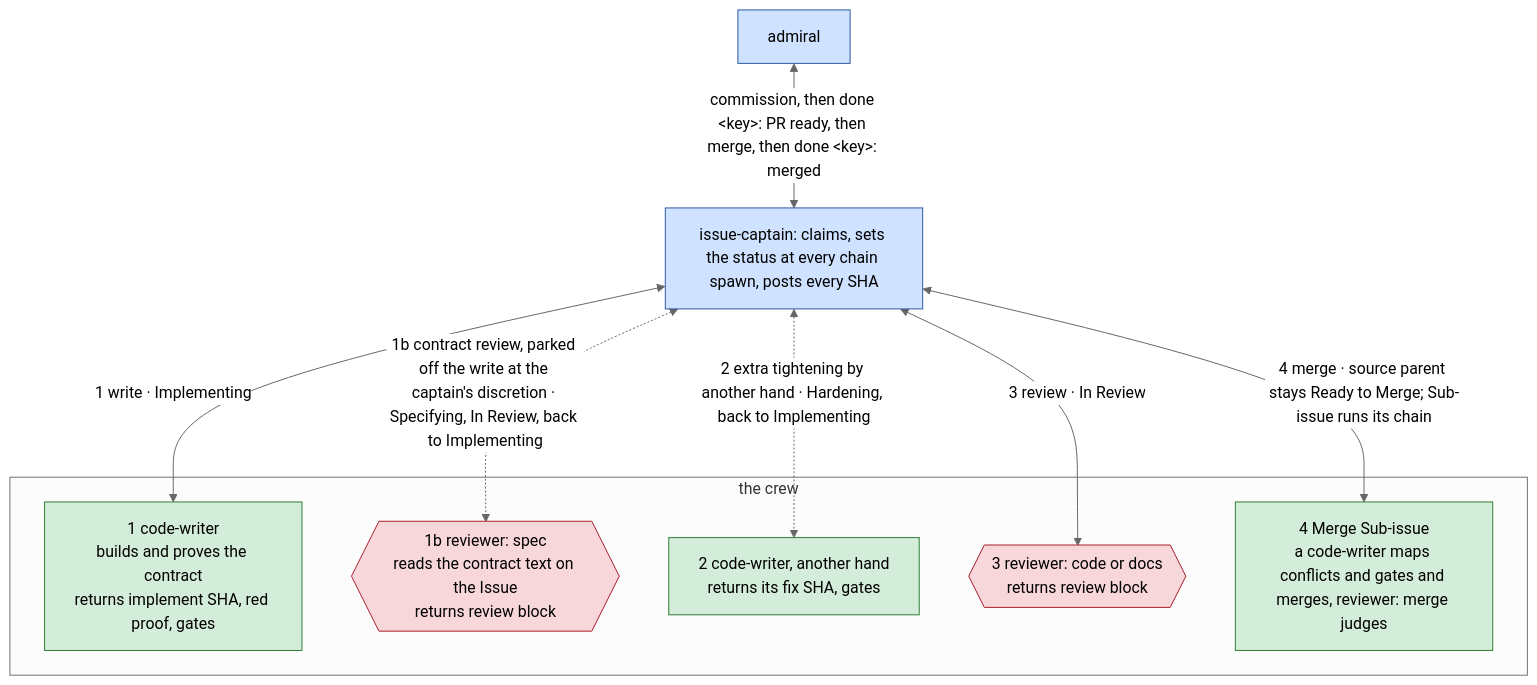
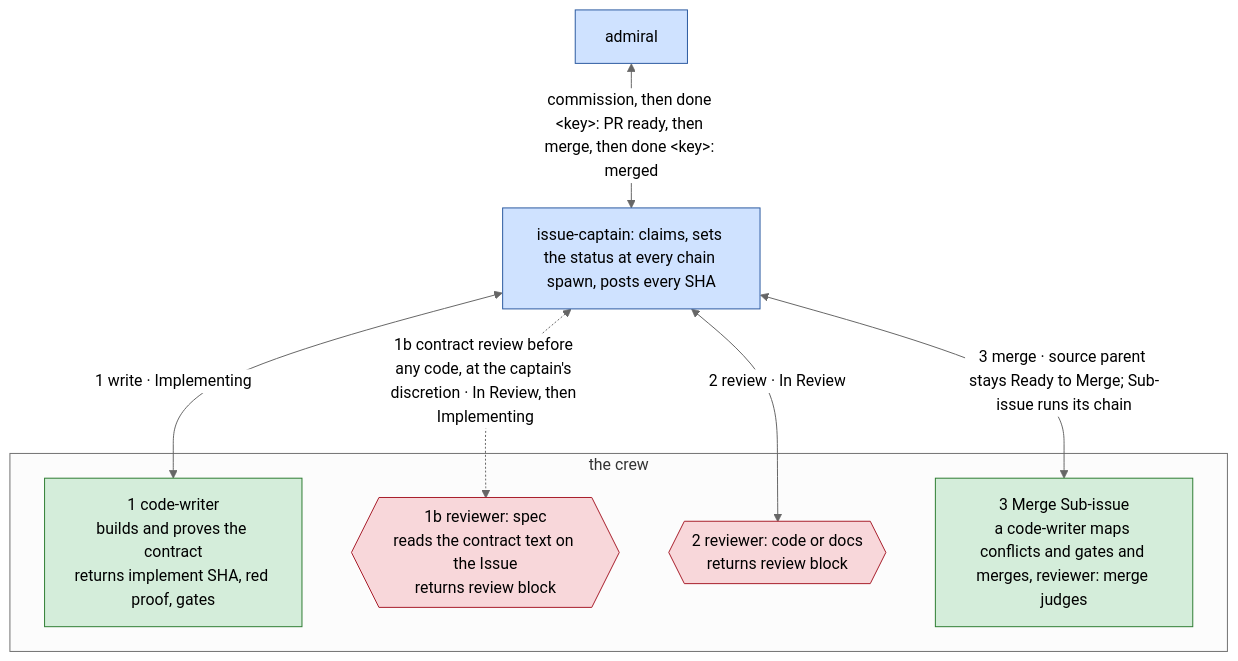
Before and after one commit to bodnarbalazs/dydo: the second of 12 diagrams in dydo/understand/control-flow.md, drawn with Mermaid (neutral theme). The commit also changed other lines of this file and 29 other files, not shown here.

````diff
--- a/dydo/understand/control-flow.md
+++ b/dydo/understand/control-flow.md
@@ -140,20 +140,18 @@
 ```mermaid
 flowchart TD
   classDef officer fill:#cfe2ff,stroke:#2c5aa0,color:#000
   classDef crew fill:#d4edda,stroke:#2e7d32,color:#000
   classDef reviewer fill:#f8d7da,stroke:#a71d2a,color:#000
 
   AD[admiral]:::officer <-->|"commission, then done &lt;key&gt;: PR ready, then merge, then done &lt;key&gt;: merged"| IC[issue-captain: claims, sets the status at every chain spawn, posts every SHA]:::officer
   IC <-->|"1 write · Implementing"| CW
-  IC <-.->|"1b contract review, parked off the write at the captain's discretion · Specifying, In Review, back to Implementing"| RS
-  IC <-.->|"2 extra tightening by another hand · Hardening, back to Implementing"| HD
-  IC <-->|"3 review · In Review"| RC
-  IC <-->|"4 merge · source parent stays Ready to Merge; Sub-issue runs its chain"| MG
+  IC <-.->|"1b contract review before any code, at the captain's discretion · In Review, then Implementing"| RS
+  IC <-->|"2 review · In Review"| RC
+  IC <-->|"3 merge · source parent stays Ready to Merge; Sub-issue runs its chain"| MG
   subgraph CREW [the crew]
     CW[1 code-writer<br>builds and proves the contract<br>returns implement SHA, red proof, gates]:::crew
     RS{{1b reviewer: spec<br>reads the contract text on the Issue<br>returns review block}}:::reviewer
-    HD[2 code-writer, another hand<br>returns its fix SHA, gates]:::crew
-    RC{{3 reviewer: code or docs<br>returns review block}}:::reviewer
-    MG[4 Merge Sub-issue<br>a code-writer maps conflicts and gates and merges, reviewer: merge judges]:::crew
+    RC{{2 reviewer: code or docs<br>returns review block}}:::reviewer
+    MG[3 Merge Sub-issue<br>a code-writer maps conflicts and gates and merges, reviewer: merge judges]:::crew
   end
 ```
````
